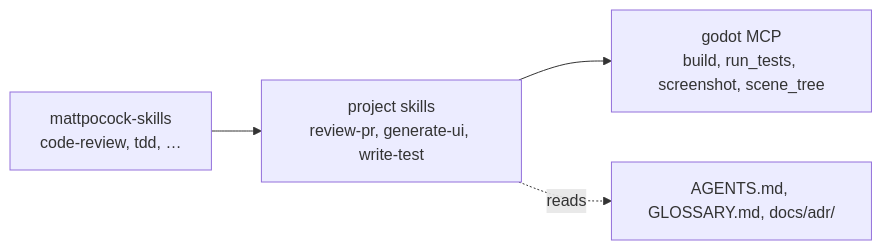
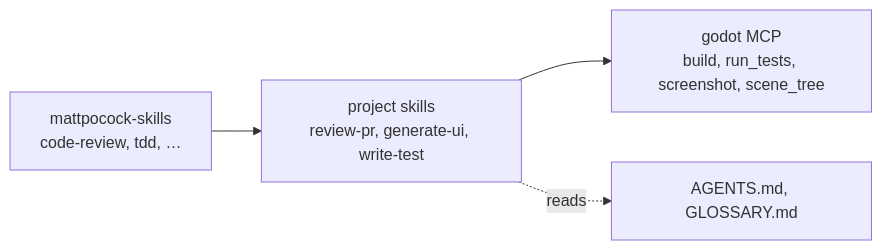
One commit to pyrozhok/Starter-Kit-City-Builder changed the second of 2 diagrams in README.md. Above: the diagram before and after it, drawn with Mermaid. The commit also changed other lines of this file, not shown here.

Commit message:
docs(readme): figcraft explained, the escalation, a false finding turned into a rule, eval limits, portability; architecture out of details

````diff
--- a/README.md
+++ b/README.md
@@ -61,6 +78,6 @@
 ```mermaid
 flowchart LR
   A["mattpocock-skills<br/>code-review, tdd, …"] --> B["project skills<br/>review-pr, generate-ui, write-test"]
   B --> C["godot MCP<br/>build, run_tests, screenshot, scene_tree"]
-  B -. reads .-> D["AGENTS.md, GLOSSARY.md, docs/adr/"]
+  B -. reads .-> D["AGENTS.md, GLOSSARY.md"]
 ```
````
